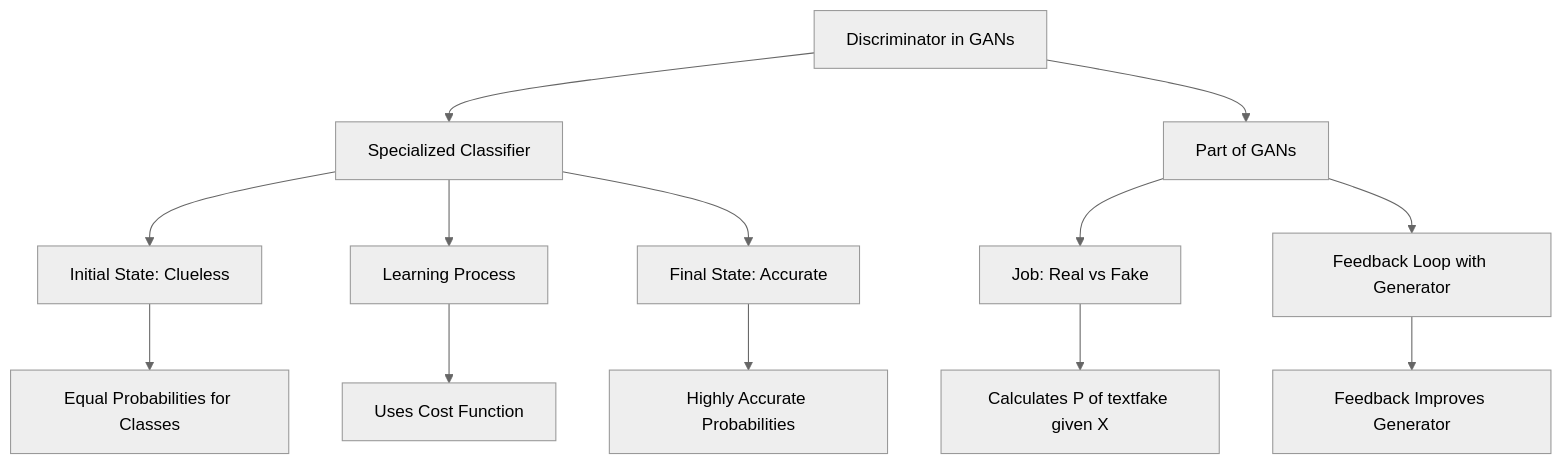
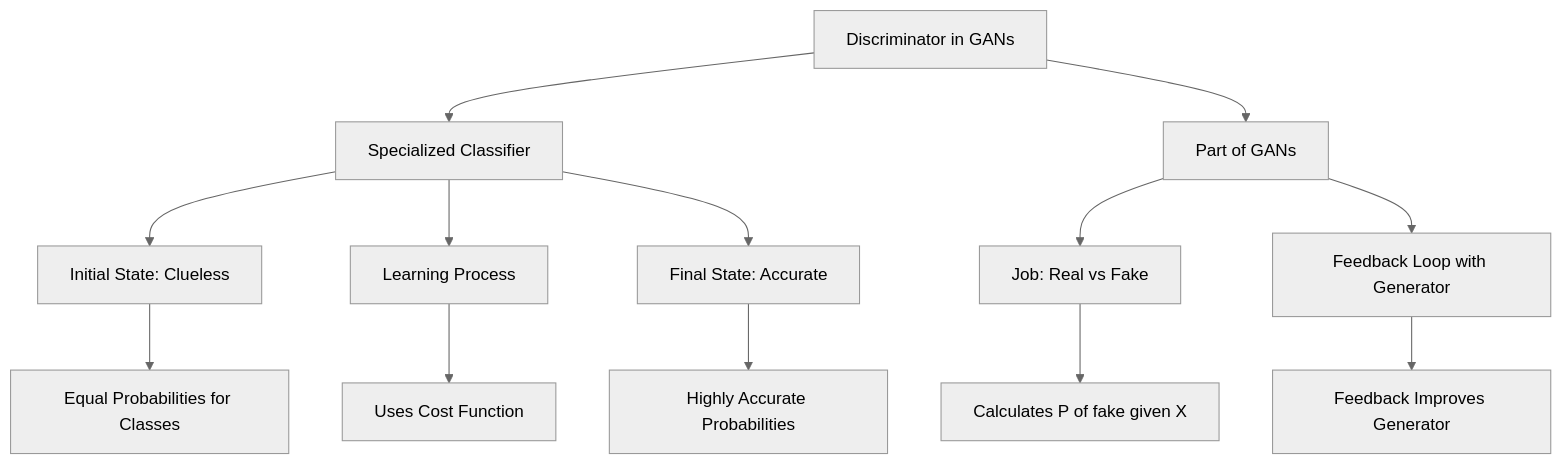
The diagram in 1_basic_gans/1_intro/4_discriminator.md (concaption/gans), drawn with Mermaid (neutral theme) before and after one commit. The commit also changed 1 other file, not shown here.

Commit message:
generator

````diff
--- a/1_basic_gans/1_intro/4_discriminator.md
+++ b/1_basic_gans/1_intro/4_discriminator.md
@@ -12,19 +12,19 @@
 ```mermaid
 graph TD
     A[Discriminator in GANs] --> B[Specialized Classifier]
     A --> C[Part of GANs]
     
     B --> D[Initial State: Clueless]
     B --> E[Learning Process]
     B --> F[Final State: Accurate]
     
     C --> G[Job: Real vs Fake]
     C --> H[Feedback Loop with Generator]
     
     D --> I[Equal Probabilities for Classes]
     E --> J[Uses Cost Function]
     F --> K[Highly Accurate Probabilities]
     
-    G --> L[Calculates P of textfake given X]
+    G --> L[Calculates P of fake given X]
     H --> M[Feedback Improves Generator]
 ```
````
